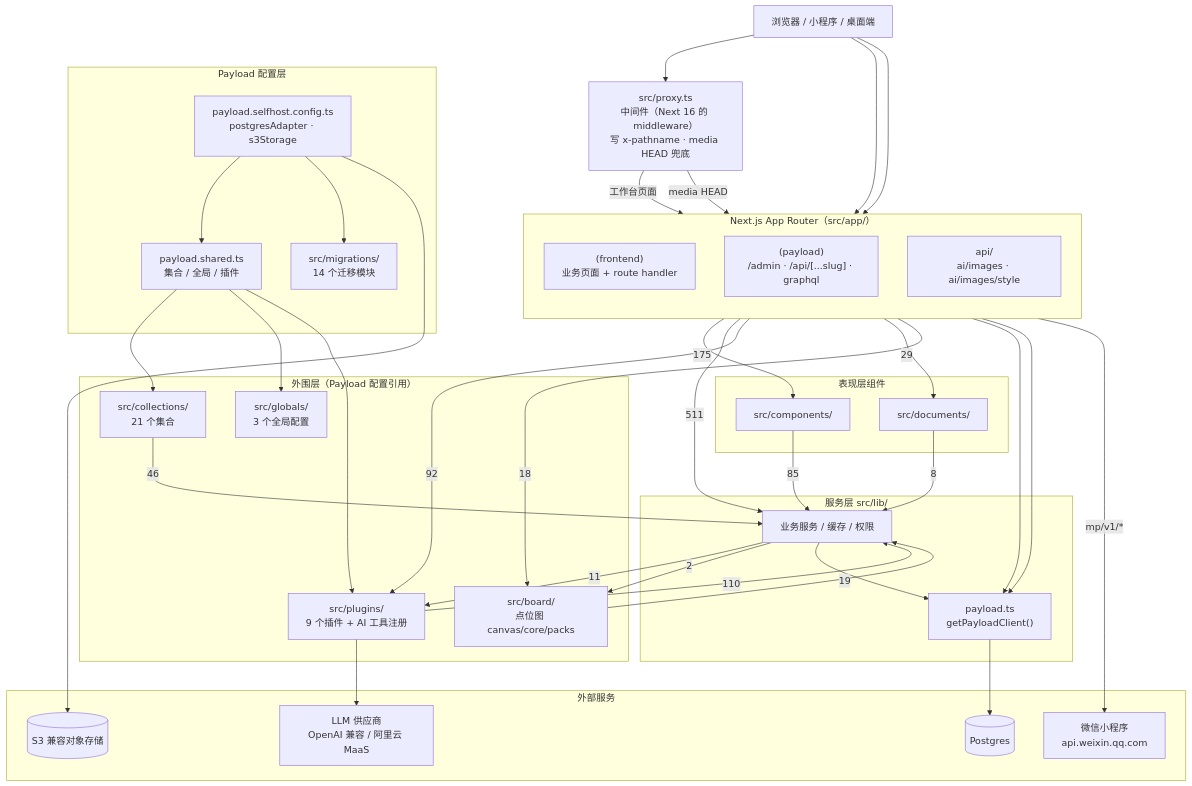
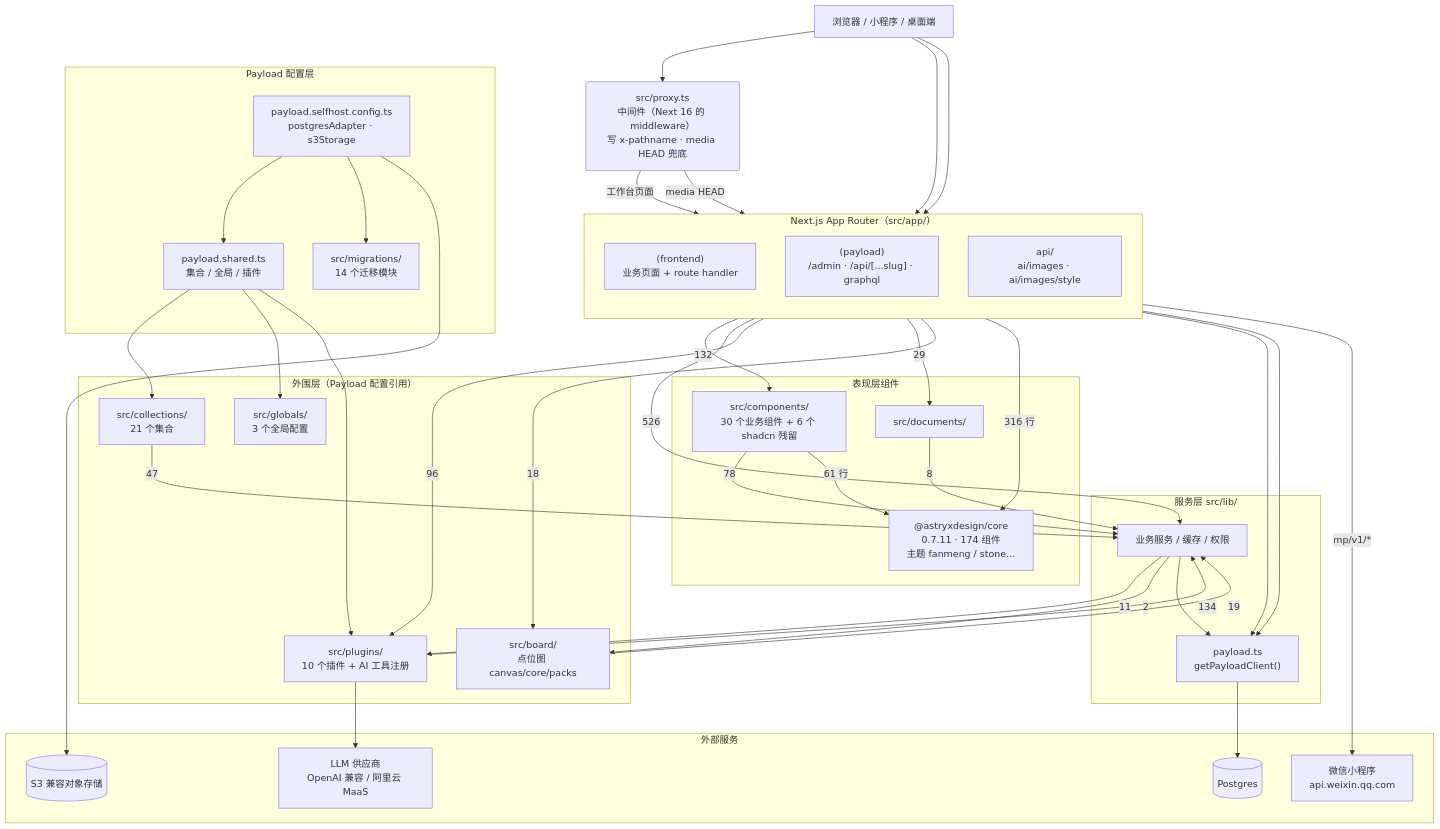
One commit to Nooonnneee/fmkj-figma-smart-design changed the first of 7 diagrams in ARCHITECTURE-MAP.md. Above: the diagram before and after it, drawn with Mermaid. The commit also changed other lines of this file, not shown here.

First line of the commit message:
docs: 架构图基线前移到 201ee8b 并修正 10→10 插件等实测偏差

````diff
--- a/ARCHITECTURE-MAP.md
+++ b/ARCHITECTURE-MAP.md
@@ -21,73 +21,76 @@
 ```mermaid
 flowchart TB
   BROWSER["浏览器 / 小程序 / 桌面端"]
 
   PROXY["src/proxy.ts<br/>中间件（Next 16 的 middleware）<br/>写 x-pathname · media HEAD 兜底"]
 
   subgraph APP["Next.js App Router（src/app/）"]
     direction TB
     FE["(frontend)<br/>业务页面 + route handler"]
     PY["(payload)<br/>/admin · /api/[...slug] · graphql"]
     TOPAPI["api/<br/>ai/images · ai/images/style"]
   end
 
   subgraph PRESENT["表现层组件"]
-    COMP["src/components/"]
+    COMP["src/components/<br/>30 个业务组件 + 6 个 shadcn 残留"]
     DOC["src/documents/"]
+    ASTRYX["@astryxdesign/core<br/>0.7.11 · 174 组件<br/>主题 fanmeng / stone…"]
   end
 
   subgraph SERVICE["服务层 src/lib/"]
     LIB["业务服务 / 缓存 / 权限"]
     PAYLOAD["payload.ts<br/>getPayloadClient()"]
   end
 
   subgraph PERIPH["外围层（Payload 配置引用）"]
-    PLUG["src/plugins/<br/>9 个插件 + AI 工具注册"]
+    PLUG["src/plugins/<br/>10 个插件 + AI 工具注册"]
     BOARD["src/board/<br/>点位图 canvas/core/packs"]
     COL["src/collections/<br/>21 个集合"]
     GLOB["src/globals/<br/>3 个全局配置"]
   end
 
   subgraph CONFIG["Payload 配置层"]
     SHARED["payload.shared.ts<br/>集合 / 全局 / 插件"]
     SELF["payload.selfhost.config.ts<br/>postgresAdapter · s3Storage"]
     MIG["src/migrations/<br/>14 个迁移模块"]
   end
 
   subgraph EXT["外部服务"]
     DB[("Postgres")]
     S3[("S3 兼容对象存储")]
     LLM["LLM 供应商<br/>OpenAI 兼容 / 阿里云 MaaS"]
     WX["微信小程序<br/>api.weixin.qq.com"]
   end
 
   BROWSER --> PROXY
   PROXY -->|"工作台页面"| FE
   PROXY -->|"media HEAD"| PY
   BROWSER --> PY
   BROWSER --> TOPAPI
-  FE -->|"175"| COMP
-  FE -->|"511"| LIB
-  FE -->|"92"| PLUG
+  FE -->|"132"| COMP
+  FE -->|"526"| LIB
+  FE -->|"96"| PLUG
   FE -->|"29"| DOC
   FE -->|"18"| BOARD
-  COMP -->|"85"| LIB
+  FE -->|"316 行"| ASTRYX
+  COMP -->|"78"| LIB
+  COMP -->|"61 行"| ASTRYX
   DOC -->|"8"| LIB
-  PLUG -->|"110"| LIB
+  PLUG -->|"134"| LIB
   BOARD -->|"19"| LIB
   LIB -->|"11"| PLUG
   LIB -->|"2"| BOARD
   LIB --> PAYLOAD
-  COL -->|"46"| LIB
+  COL -->|"47"| LIB
   SHARED --> COL
   SHARED --> GLOB
   SHARED --> PLUG
   SELF --> SHARED
   SELF --> MIG
   PAYLOAD --> DB
   PY --> PAYLOAD
   TOPAPI --> PAYLOAD
   SELF --> S3
   PLUG --> LLM
   FE -->|"mp/v1/*"| WX
 ```
````
